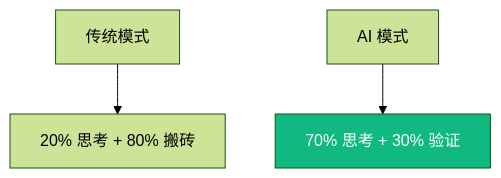
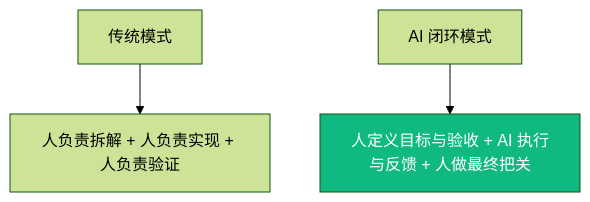
The diagram in sections/04-sdlc.md (boycecong-hue/OCTOPUS-GAME-AI-SHARE), drawn with Mermaid (forest theme) before and after one commit. The commit also changed other lines of this file and 6 other files, not shown here.

````diff
--- a/sections/04-sdlc.md
+++ b/sections/04-sdlc.md
@@ -7,6 +7,6 @@
 ```mermaid
 graph TD
-    A[传统模式] --> B[20% 思考 + 80% 搬砖]
-    C[AI 模式] --> D[70% 思考 + 30% 验证]
+    A[传统模式] --> B[人负责拆解 + 人负责实现 + 人负责验证]
+    C[AI 闭环模式] --> D[人定义目标与验收 + AI 执行与反馈 + 人做最终把关]
     style D fill:#10b981,color:#fff
 ```
````
